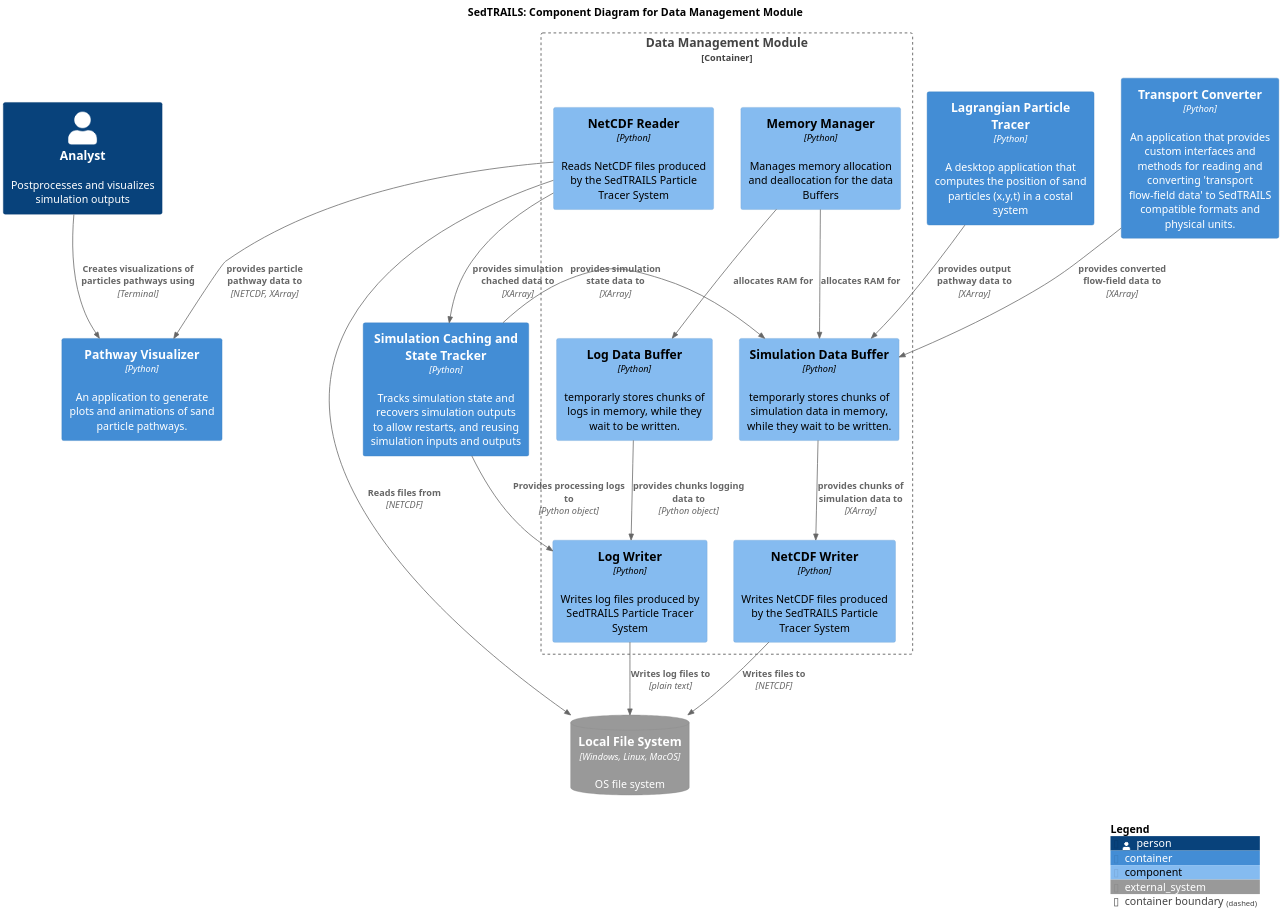
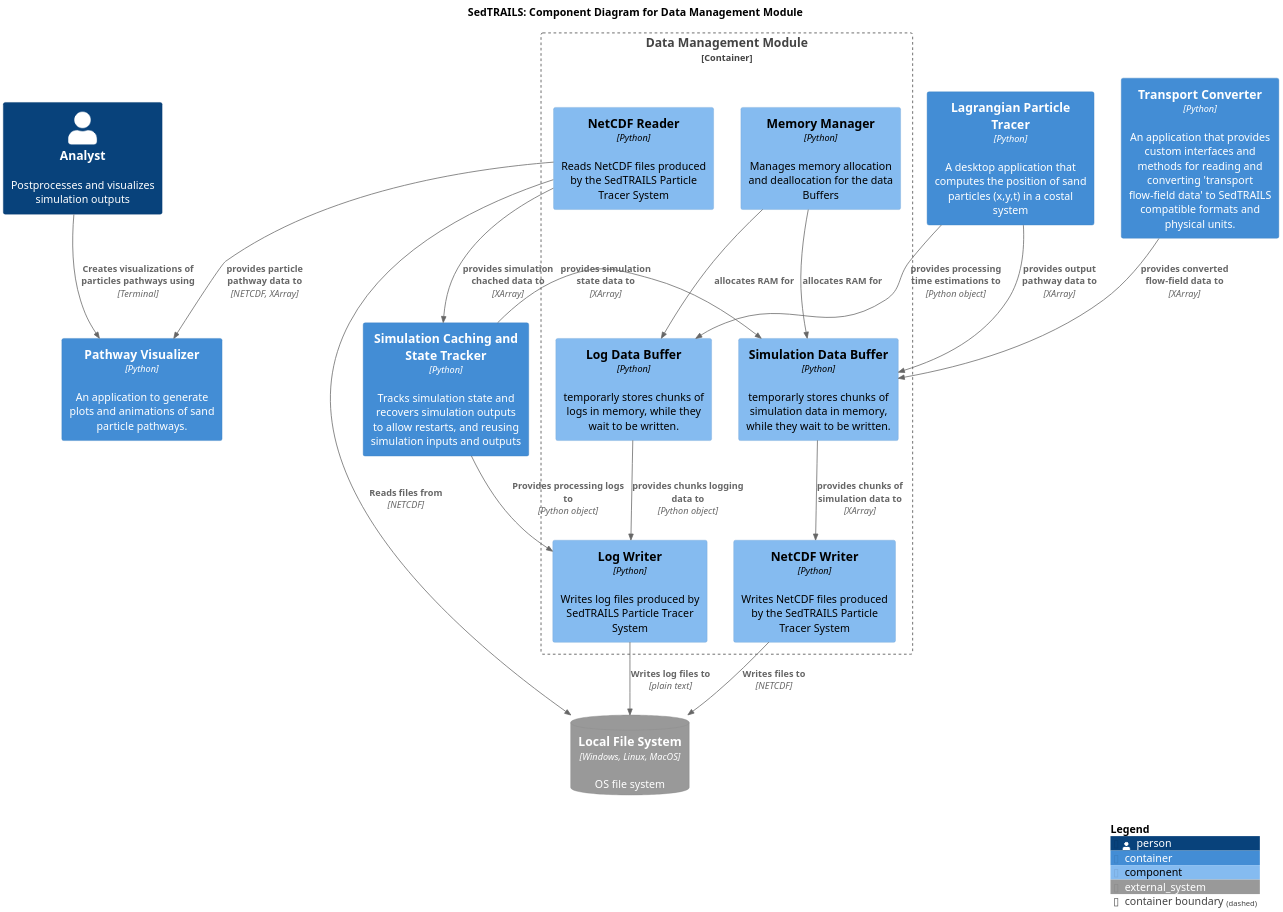
One commit to sgpearson17/sedtrails-sgp changed the diagram in diagrams/componets-data-app.puml. Above: the diagram before and after it, drawn with PlantUML.

Commit message:
Add relationship for particleTracer to logBuffer in data app diagram

```diff
--- a/diagrams/componets-data-app.puml
+++ b/diagrams/componets-data-app.puml
@@ -1,55 +1,57 @@
 @startuml SedtrailComponentsDataManagement
 !include ./c4/C4_Component.puml
 
 ' LAYOUT_LANDSCAPE()
 
 title SedTRAILS: Component Diagram for Data Management Module
 scale 2
 
 Person(analyst, "Analyst", "Postprocesses and visualizes simulation outputs")
 
 Container(pathwayVisualizer, "Pathway Visualizer", "Python", "An application to generate plots and animations of sand particle pathways.")
 Container(cache, "Simulation Caching and State Tracker", "Python", "Tracks simulation state and recovers simulation outputs to allow restarts, and reusing simulation inputs and outputs")
 
 Container(particleTracer, "Lagrangian Particle Tracer", "Python", "A desktop application that computes the position of sand particles (x,y,t) in a costal system")
 
 Container(transportConverter, "Transport Converter", "Python", "An application that provides custom interfaces and methods for reading and converting 'transport flow-field data' to SedTRAILS compatible formats and physical units.")
 
 SystemDb_Ext(fileSystem, "Local File System", "OS file system", $type="Windows, Linux, MacOS")
 
 Container_Boundary(dataManager, "Data Management Module", "Python", "An application that manage data and files produced by the SedTRAILS Pacticle Tracer System"){
     ' Component(logReader, "Log Reader", "Python", "Read logs from a file produced by SedTRAILS Particle Tracer System")
     Component(logWriter, "Log Writer", "Python", "Writes log files produced by SedTRAILS Particle Tracer System")
     Component(fileReader, "NetCDF Reader", "Python", "Reads NetCDF files produced by the SedTRAILS Particle Tracer System")
     Component(fileWriter, "NetCDF Writer", "Python", "Writes NetCDF files produced by the SedTRAILS Particle Tracer System")
     Component(simulBuffer, "Simulation Data Buffer", "Python", "temporarly stores chunks of simulation data in memory, while they wait to be written.")
     Component(logBuffer, "Log Data Buffer", "Python", "temporarly stores chunks of logs in memory, while they wait to be written.")
 
     Component(memoryManager, "Memory Manager", "Python", "Manages memory allocation and deallocation for the data Buffers")
 
     Rel(simulBuffer, fileWriter, "provides chunks of simulation data to", "XArray")
     Rel(logBuffer, logWriter, "provides chunks logging data to", "Python object")
 
     Rel(memoryManager, simulBuffer, "allocates RAM for")
     Rel(memoryManager, logBuffer, "allocates RAM for")
 
 }
 
 Rel(fileReader, fileSystem, "Reads files from", "NETCDF")
 Rel(fileWriter, fileSystem, "Writes files to", "NETCDF")
 
 ' Rel(logReader, fileSystem, "Reads log files from", "plain text")
 Rel(logWriter, fileSystem, "Writes log files to", "plain text")
 Rel(cache, logWriter, "Provides processing logs to", "Python object")
 
 Rel(transportConverter, simulBuffer, "provides converted flow-field data to", "XArray")
 Rel(particleTracer, simulBuffer, "provides output pathway data to", "XArray")
+Rel(particleTracer, logBuffer, "provides processing time estimations to", "Python object")
+
 Rel(cache, simulBuffer, "provides simulation state data to", "XArray")
 
 Rel(fileReader, cache, "provides simulation chached data to", "XArray")
 
 Rel(fileReader, pathwayVisualizer, "provides particle pathway data to", "NETCDF, XArray")
 Rel(analyst, pathwayVisualizer, "Creates visualizations of particles pathways using", "Terminal")
 
 SHOW_LEGEND()
 @enduml
```
